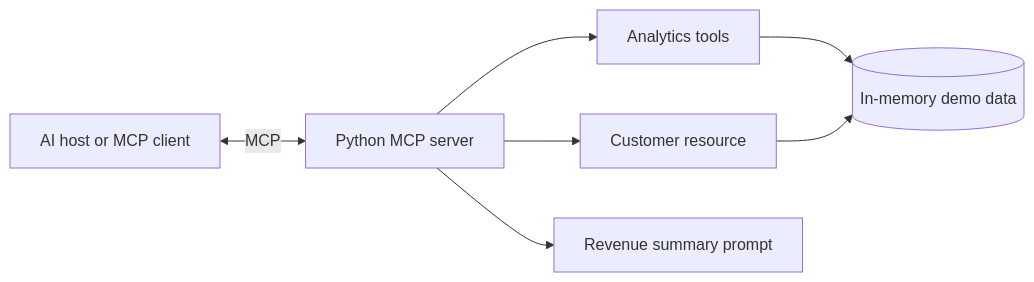
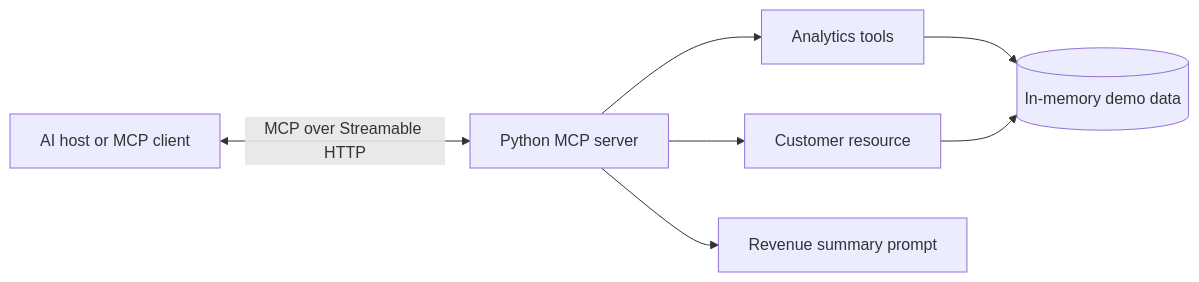
One commit to thekuldeepjoshi/PS-chatbot changed the diagram in README.md. Above: the diagram before and after it, drawn with Mermaid. The commit also changed other lines of this file, not shown here.

````diff
--- a/README.md
+++ b/README.md
@@ -7,9 +7,9 @@
 ```mermaid
 flowchart LR
-    A[AI host or MCP client] <-->|MCP| B[Python MCP server]
+    A[AI host or MCP client] <-->|MCP over Streamable HTTP| B[Python MCP server]
     B --> C[Analytics tools]
     B --> D[Customer resource]
     B --> E[Revenue summary prompt]
     C --> F[(In-memory demo data)]
     D --> F
 ```
````
